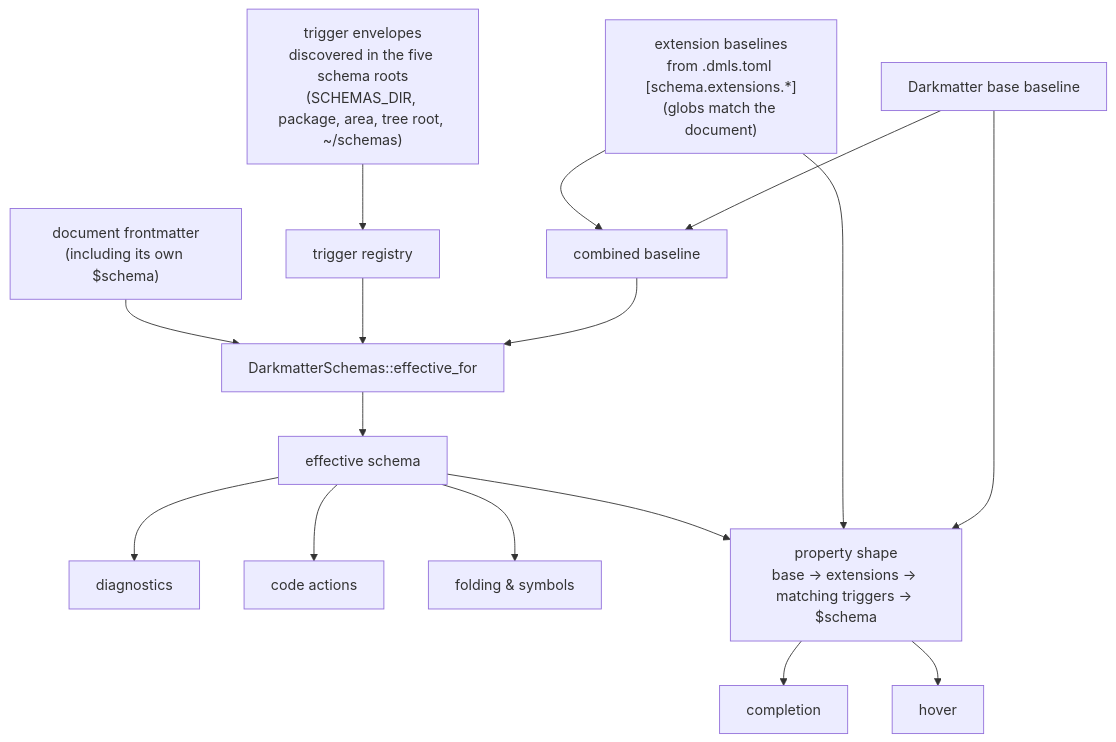
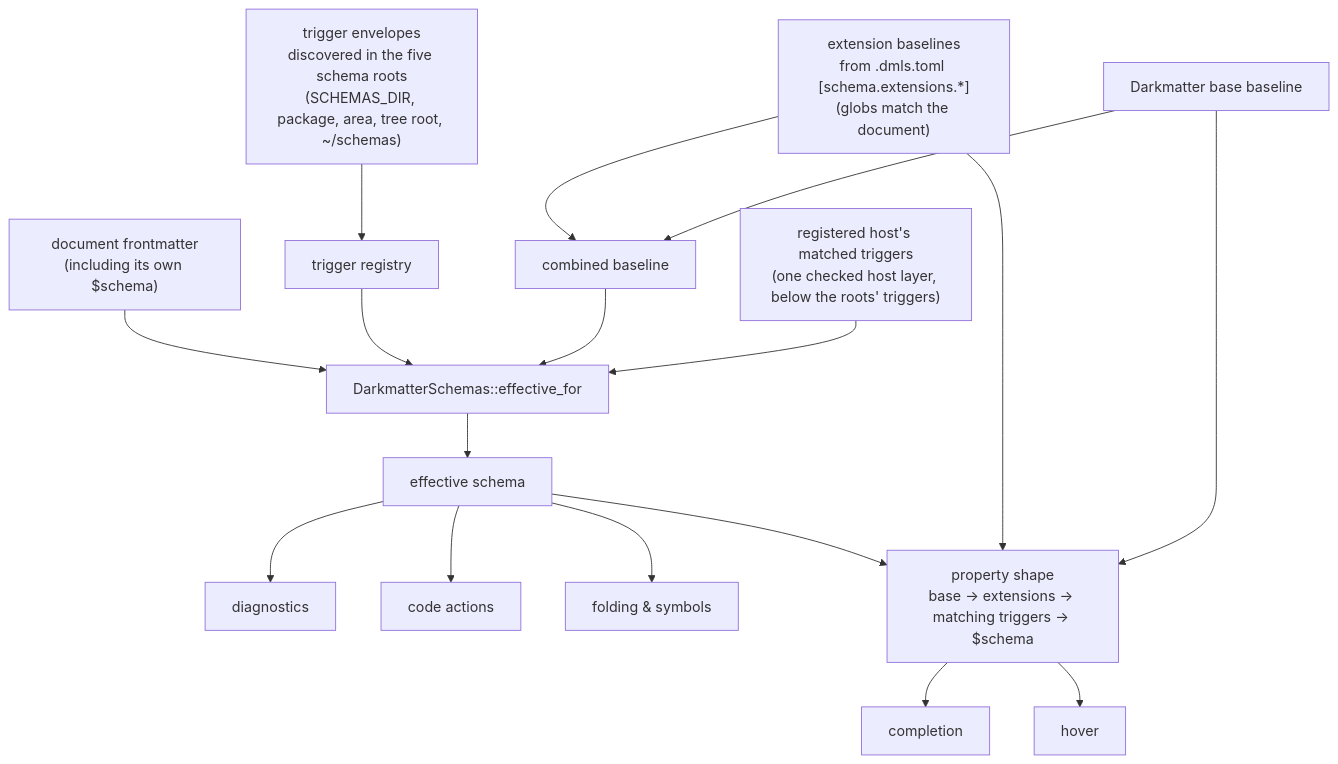
Before and after one commit to yankeeinlondon/rusty-biscuit: the first of 3 diagrams in darkmatter/docs/topics/schemas/dmls-schema-support.md, drawn with Mermaid. The commit also changed other lines of this file and 11 other files, not shown here.

````diff
--- a/darkmatter/docs/topics/schemas/dmls-schema-support.md
+++ b/darkmatter/docs/topics/schemas/dmls-schema-support.md
@@ -54,18 +54,19 @@
 ```mermaid
 flowchart TD
     BASE["Darkmatter base baseline"] --> MERGE["combined baseline"]
     EXT["extension baselines<br/>from .dmls.toml [schema.extensions.*]<br/>(globs match the document)"] --> MERGE
     TRIG["trigger envelopes<br/>discovered in the five schema roots<br/>(SCHEMAS_DIR, package, area, tree root, ~/schemas)"] --> REGISTRY["trigger registry"]
+    HOST["registered host's matched triggers<br/>(one checked host layer, below the roots' triggers)"] --> ENGINE
     MERGE --> ENGINE["DarkmatterSchemas::effective_for"]
     REGISTRY --> ENGINE
     DOC["document frontmatter<br/>(including its own $schema)"] --> ENGINE
     ENGINE --> EFFECTIVE["effective schema"]
     EFFECTIVE --> DIAG["diagnostics"]
     EFFECTIVE --> ACTION["code actions"]
     EFFECTIVE --> FOLD["folding & symbols"]
     BASE --> SHAPE["property shape<br/>base → extensions → matching triggers → $schema"]
     EXT --> SHAPE
     EFFECTIVE --> SHAPE
     SHAPE --> COMP["completion"]
     SHAPE --> HOV["hover"]
 ```
````
